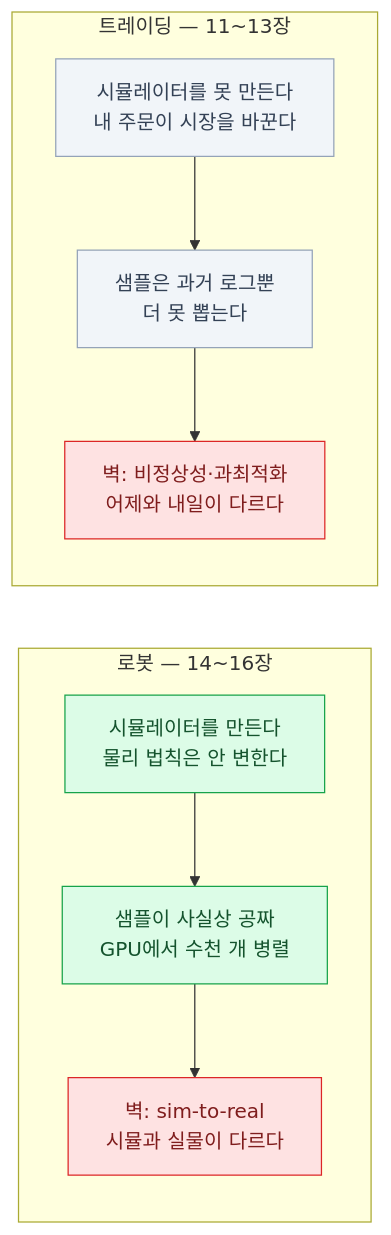
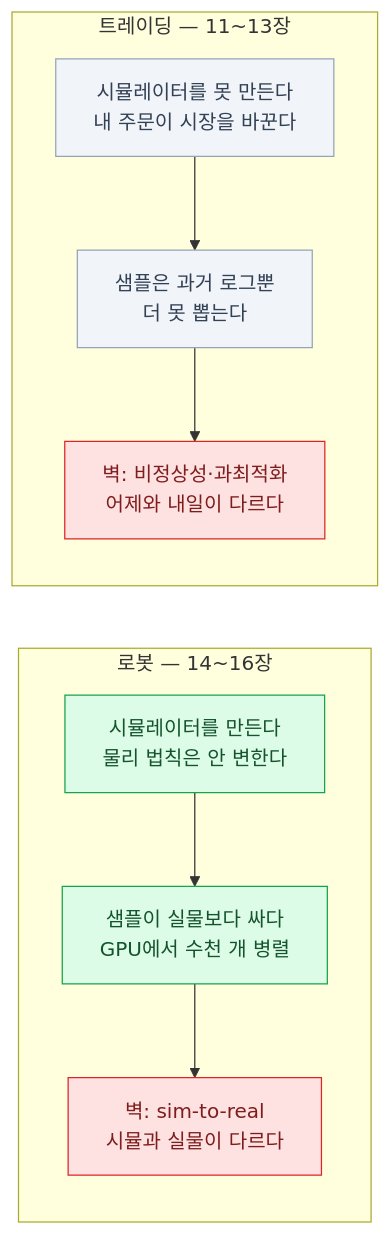
One commit to mechurak/study-starlight changed the second of 2 diagrams in src/content/docs/rl/01-why.mdx. Above: the diagram before and after it, drawn with Mermaid. The commit also changed other lines of this file and 21 other files, not shown here.

````diff
--- a/src/content/docs/rl/01-why.mdx
+++ b/src/content/docs/rl/01-why.mdx
@@ -184,24 +189,24 @@
 ```mermaid
 flowchart LR
     subgraph R["로봇 — 14~16장"]
         direction TB
         R1["시뮬레이터를 만든다<br/>물리 법칙은 안 변한다"]
-        R2["샘플이 사실상 공짜<br/>GPU에서 수천 개 병렬"]
+        R2["샘플이 실물보다 싸다<br/>GPU에서 수천 개 병렬"]
         R3["벽: sim-to-real<br/>시뮬과 실물이 다르다"]
         R1 --> R2 --> R3
     end
     subgraph T["트레이딩 — 11~13장"]
         direction TB
         T1["시뮬레이터를 못 만든다<br/>내 주문이 시장을 바꾼다"]
         T2["샘플은 과거 로그뿐<br/>더 못 뽑는다"]
         T3["벽: 비정상성·과최적화<br/>어제와 내일이 다르다"]
         T1 --> T2 --> T3
     end
 
     classDef ok   fill:#dcfce7,stroke:#16a34a,color:#14532d
     classDef bad  fill:#fee2e2,stroke:#dc2626,color:#7f1d1d
     classDef mute fill:#f1f5f9,stroke:#94a3b8,color:#334155
     class R1,R2 ok
     class T1,T2 mute
     class R3,T3 bad
 ```
````
